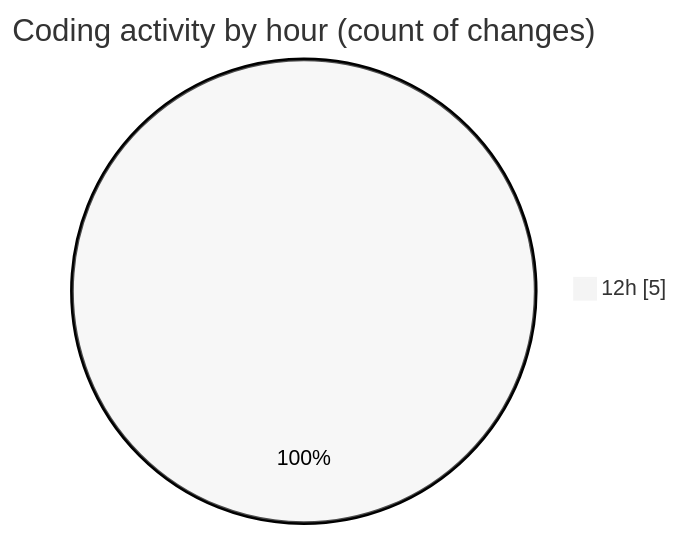
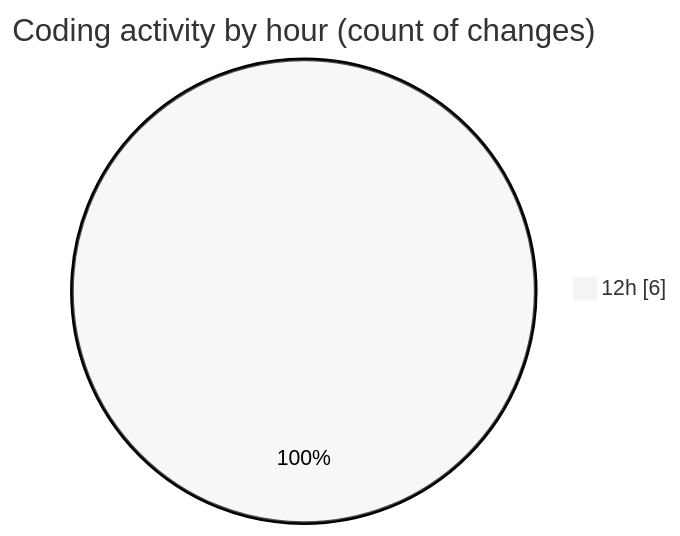
Before and after one commit to LanceThiago/code-tracking: the second of 2 diagrams in 2025-09-15/totem2/README.md, drawn with Mermaid (neutral theme). The commit also changed other lines of this file and 1 other file, not shown here.

````diff
--- a/2025-09-15/totem2/README.md
+++ b/2025-09-15/totem2/README.md
@@ -29,5 +29,5 @@
 ```mermaid
 pie showData
 title Coding activity by hour (count of changes)
-"12h" : 5
+"12h" : 6
 ```
````
